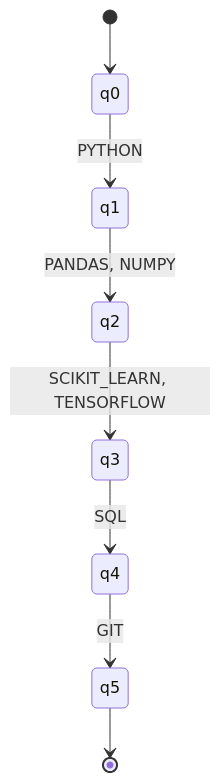
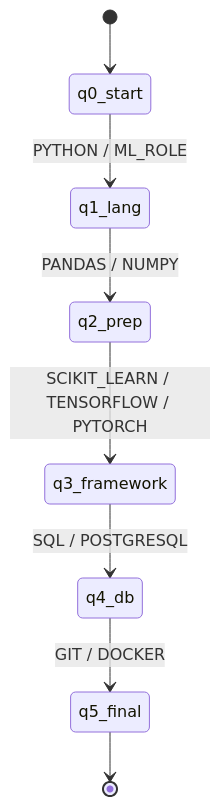
The second of 4 diagrams in docs/formal_automata.md (nicolasbuelvas/IntegrativeTask_AlbertoIA), drawn with Mermaid before and after one commit. The commit also changed other lines of this file and 3 other files, not shown here.

````diff
--- a/docs/formal_automata.md
+++ b/docs/formal_automata.md
@@ -103,10 +100,10 @@
 ```mermaid
 stateDiagram-v2
-    [*] --> q0
-    q0 --> q1: PYTHON
-    q1 --> q2: PANDAS, NUMPY
-    q2 --> q3: SCIKIT_LEARN, TENSORFLOW
-    q3 --> q4: SQL
-    q4 --> q5: GIT
-    q5 --> [*]
+    [*] --> q0_start
+    q0_start --> q1_lang : PYTHON / ML_ROLE
+    q1_lang --> q2_prep : PANDAS / NUMPY
+    q2_prep --> q3_framework : SCIKIT_LEARN / TENSORFLOW / PYTORCH
+    q3_framework --> q4_db : SQL / POSTGRESQL
+    q4_db --> q5_final : GIT / DOCKER
+    q5_final --> [*]
 ```
````
